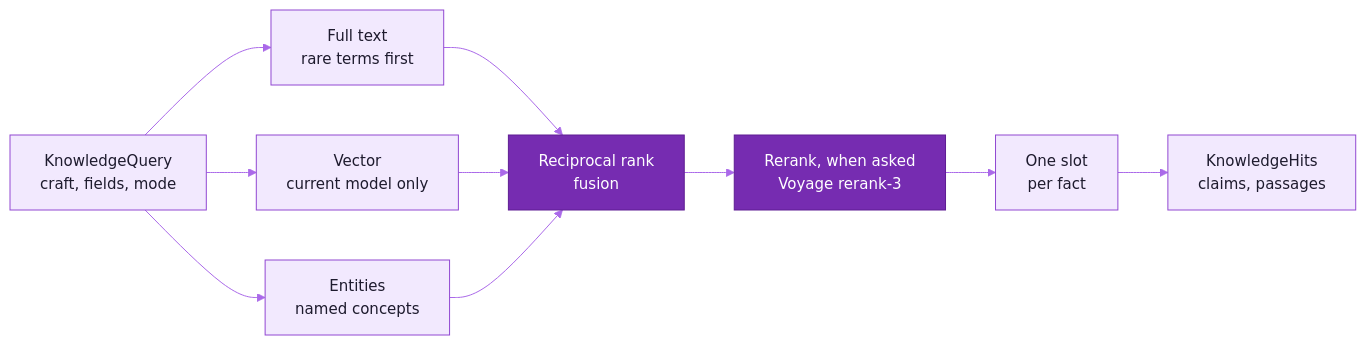
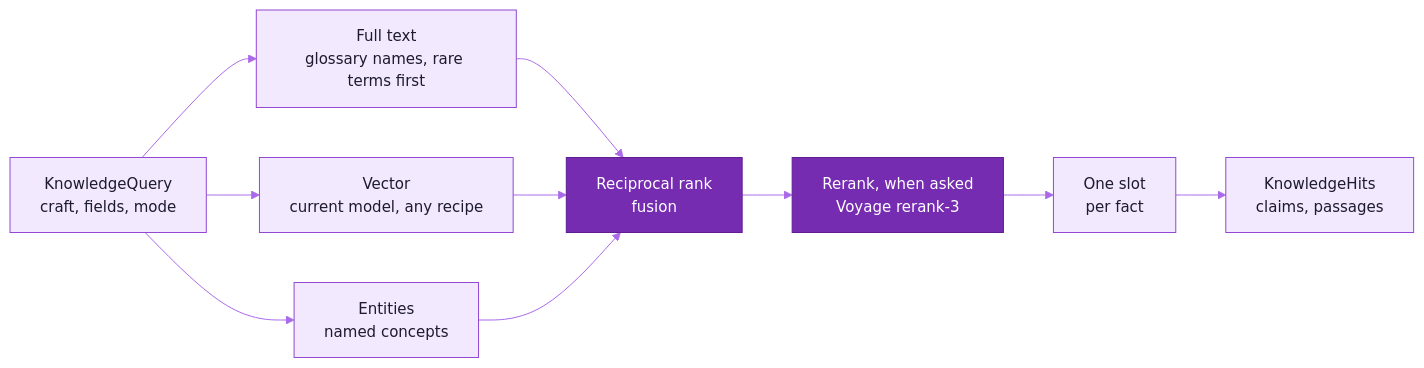
Before and after one commit to ankits1802/science-behind-craft: the diagram in docs/contracts/retrieval.md, drawn with Mermaid. The commit also changed other lines of this file and 30 other files, not shown here.

````diff
--- a/docs/contracts/retrieval.md
+++ b/docs/contracts/retrieval.md
@@ -27,15 +33,15 @@
 ```mermaid
 %%{init: {"theme":"base","fontFamily":"Inter, ui-sans-serif, system-ui, -apple-system, Segoe UI, Roboto, Helvetica, Arial, sans-serif","themeVariables":{"fontSize":"15px","primaryColor":"#F2E9FE","primaryTextColor":"#1E1B2E","primaryBorderColor":"#9148D2","secondaryColor":"#FAEECD","secondaryTextColor":"#1E1B2E","secondaryBorderColor":"#CD9200","tertiaryColor":"#F3F1FA","tertiaryTextColor":"#1E1B2E","tertiaryBorderColor":"#A7A3BC","mainBkg":"#F2E9FE","nodeBorder":"#9148D2","nodeTextColor":"#1E1B2E","lineColor":"#AA69E9","textColor":"#857F9E","edgeLabelBackground":"#F9F5FF","clusterBkg":"#F9F5FF","clusterBorder":"#D6B6FB","titleColor":"#762CB1"}}}%%
 flowchart LR
-  Q["KnowledgeQuery<br/>craft, fields, mode"] --> K["Full text<br/>rare terms first"]
-  Q --> V["Vector<br/>current model only"]
+  Q["KnowledgeQuery<br/>craft, fields, mode"] --> K["Full text<br/>glossary names, rare terms first"]
+  Q --> V["Vector<br/>current model, any recipe"]
   Q --> E["Entities<br/>named concepts"]
   K --> F["Reciprocal rank<br/>fusion"]
   V --> F
   E --> F
   F --> R["Rerank, when asked<br/>Voyage rerank-3"]
   R --> C["One slot<br/>per fact"]
   C --> H["KnowledgeHits<br/>claims, passages"]
   classDef accent fill:#762CB1,stroke:#5F1C93,color:#FFFFFF
   class F,R accent
 ```
````
